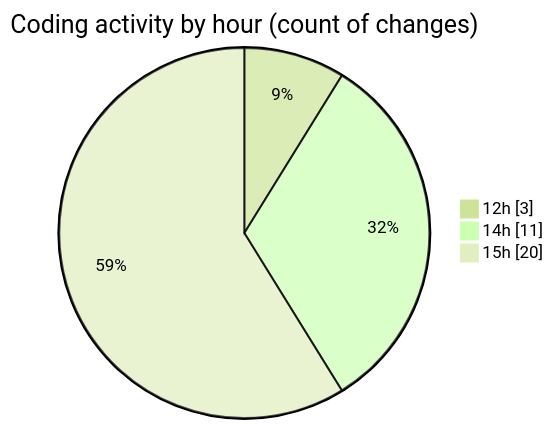
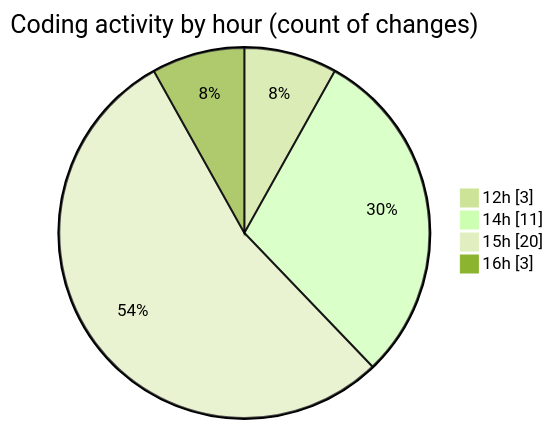
One commit to debugP/code-tracking changed the second of 2 diagrams in 2026-07-27/untitled__workspace_/README.md. Above: the diagram before and after it, drawn with Mermaid (forest theme). The commit also changed other lines of this file and 1 other file, not shown here.

````diff
--- a/2026-07-27/untitled__workspace_/README.md
+++ b/2026-07-27/untitled__workspace_/README.md
@@ -33,7 +33,8 @@
 ```mermaid
 pie showData
 title Coding activity by hour (count of changes)
 "12h" : 3
 "14h" : 11
 "15h" : 20
+"16h" : 3
 ```
````
